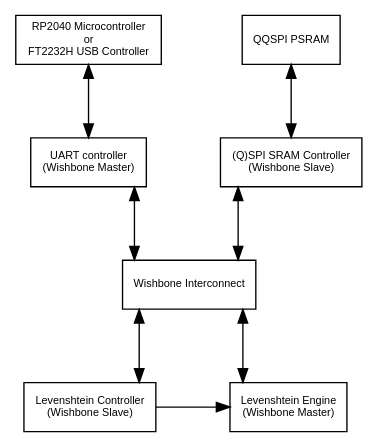
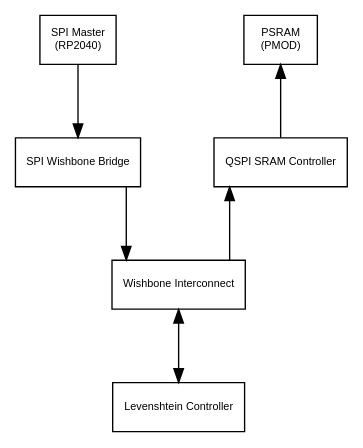
The diagram in docs/design.dot (peter-noerlund/sky25a-levenshtein), drawn with Graphviz before and after one commit.

Commit message:
Updated design diagram

```diff
--- a/docs/design.dot
+++ b/docs/design.dot
@@ -1,43 +1,40 @@
 digraph design {
     splines=ortho;
     nodesep=0.75;
     ranksep=0.75;
 
     node [ fontname="arial" fontsize="8" shape="rect" ];
     edge [ fontname="arial" fontsize="8" ];
 
     subgraph external {
         rank=same;
 
-        rp2040 [ label="RP2040 Microcontroller\nor\nFT2232H USB Controller" ];
-        psram [ label="QQSPI PSRAM" ];
+        spi_master [ label="SPI Master\n(RP2040)" ];
+        psram [ label="PSRAM\n(PMOD)" ];
     }
 
     subgraph external_to_wb {
         rank=same;
 
-        uart_to_wb [ label="UART controller\n(Wishbone Master)" ];
-        wb_to_qspi_sram [ label="(Q)SPI SRAM Controller\n(Wishbone Slave)"]
+        spi_wishbone_bridge [ label="SPI Wishbone Bridge" ];
+        spi_controller [ label="QSPI SRAM Controller"]
     }
 
     subgraph interconnect {
         rank=same;
 
         interconnect [ label="Wishbone Interconnect" ];
     }
 
     subgraph engine {
         rank=same;
 
-        controller [ label="Levenshtein Controller\n(Wishbone Slave)" ];
-        engine [ label="Levenshtein Engine\n(Wishbone Master)" ];
+        levenshtein_controller [ label="Levenshtein Controller" ];
     }
 
-    rp2040 -> uart_to_wb [ dir="both" ];
-    uart_to_wb -> interconnect [ dir="both" ];
-    interconnect -> wb_to_qspi_sram [dir="both" ];
-    wb_to_qspi_sram -> psram [ dir="both" ];
-    interconnect -> controller [ dir="both" ];
-    interconnect -> engine [ dir="both" ];
-    controller -> engine;
+    spi_master -> spi_wishbone_bridge;
+    spi_wishbone_bridge -> interconnect;
+    interconnect -> spi_controller;
+    spi_controller -> psram;
+    interconnect -> levenshtein_controller [ dir="both" ];
 }
```
